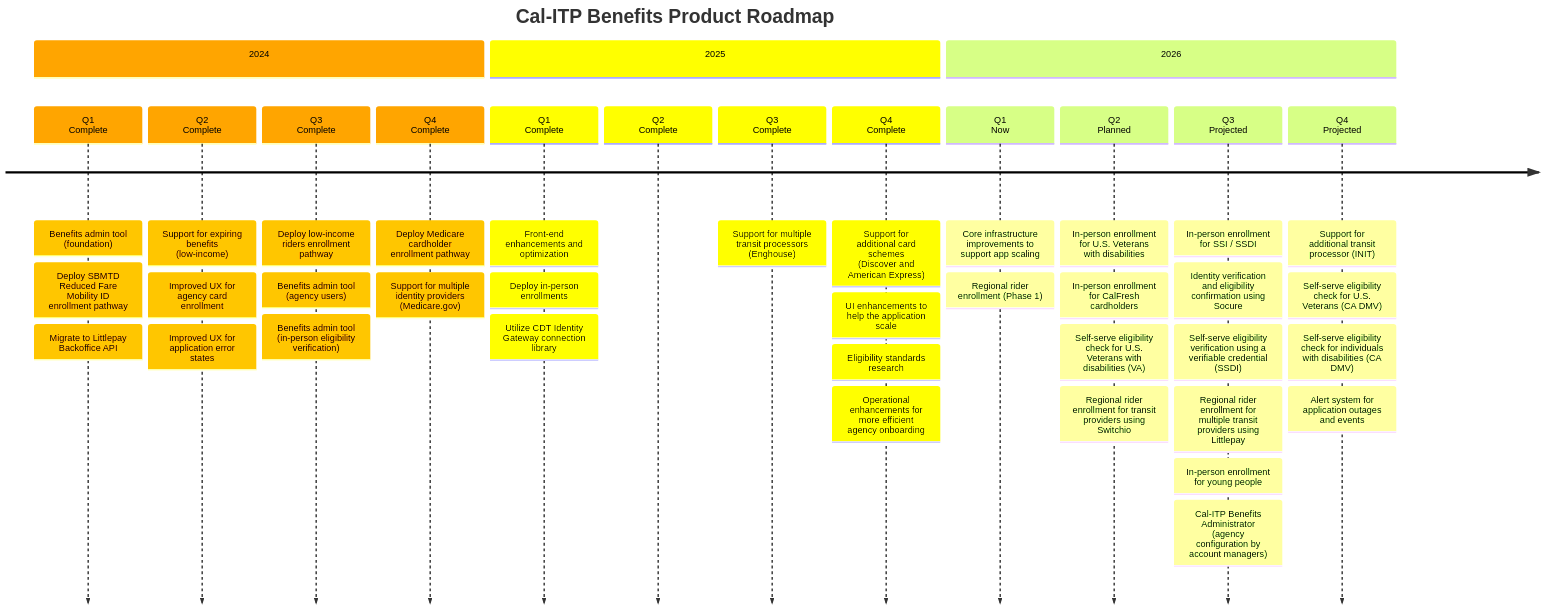
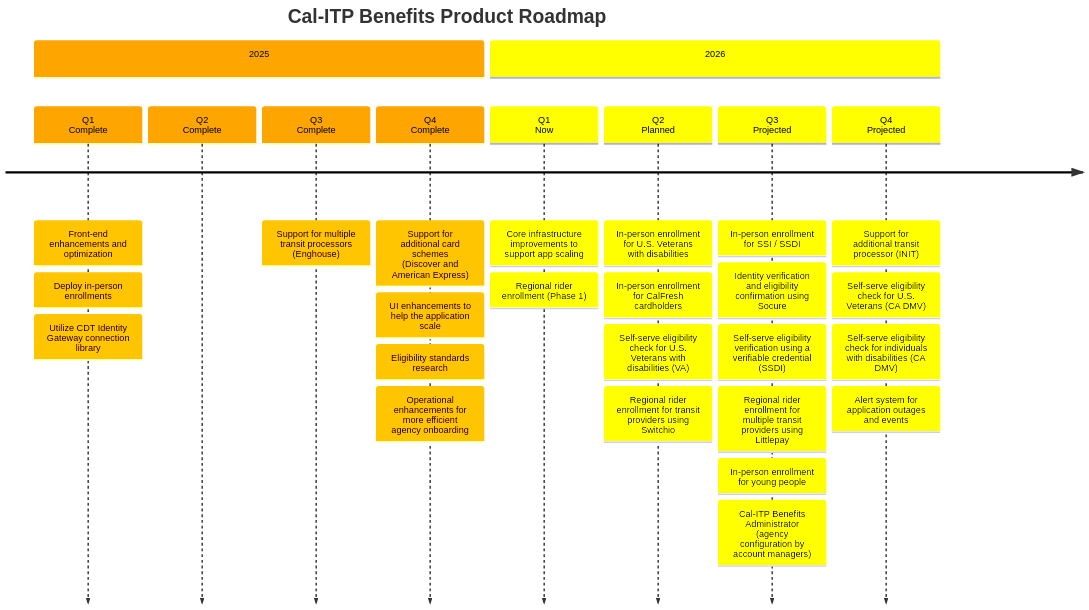
Before and after one commit to cal-itp/benefits: the diagram in docs/index.md, drawn with Mermaid.

Commit message:
docs: removes 2024 from the roadmap
- Removed 2024 roadmap details to improve the overall legibility of the diagram

````diff
--- a/docs/index.md
+++ b/docs/index.md
@@ -26,27 +26,6 @@
 ```mermaid
 timeline
     title Cal-ITP Benefits Product Roadmap
-%% Cal-ITP Benefits Epics (2024)
-          section 2024
-
-          Q1<br>Complete
-          : Benefits admin tool (foundation)
-          : Deploy SBMTD Reduced Fare Mobility ID enrollment pathway
-          : Migrate to Littlepay Backoffice API
-
-          Q2<br>Complete
-          : Support for expiring benefits (low-income)
-          : Improved UX for agency card enrollment
-          : Improved UX for application error states
-
-          Q3<br>Complete
-          : Deploy low-income riders enrollment pathway
-          : Benefits admin tool (agency users)
-          : Benefits admin tool (in-person eligibility verification)
-
-          Q4<br>Complete
-          : Deploy Medicare cardholder enrollment pathway
-          : Support for multiple identity providers (Medicare.gov)
 
 %% Cal-ITP Benefits Epics (2025)
           section 2025
````
